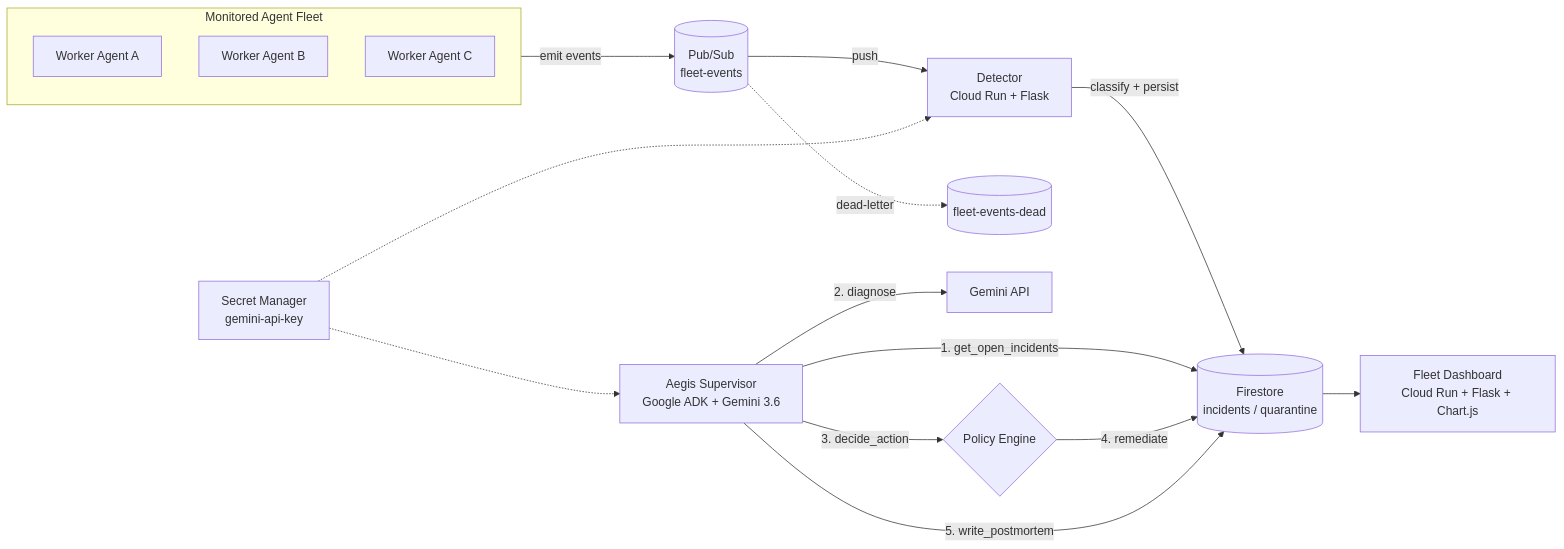
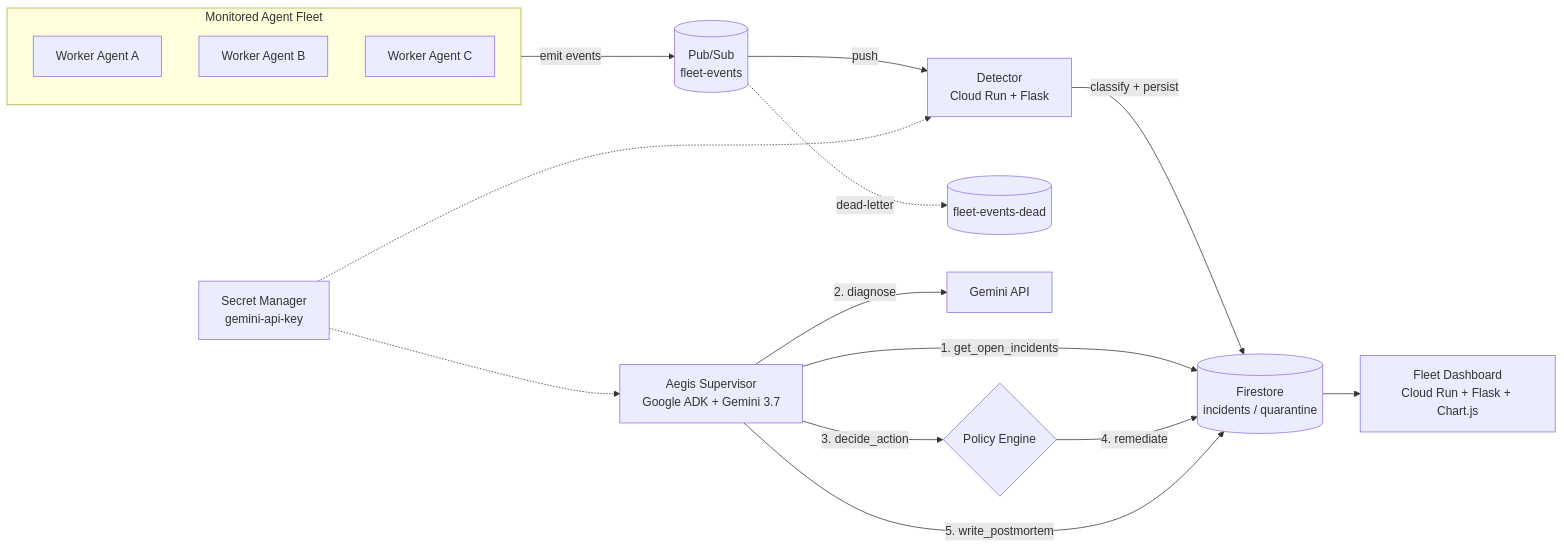
Before and after one commit to maazmdx/aegis-agent: the first of 3 diagrams in README.md, drawn with Mermaid. The commit also changed other lines of this file and 5 other files, not shown here.

````diff
--- a/README.md
+++ b/README.md
@@ -28,21 +29,21 @@
 ```mermaid
 flowchart LR
     subgraph Fleet["Monitored Agent Fleet"]
       A1[Worker Agent A]
       A2[Worker Agent B]
       A3[Worker Agent C]
     end
     Fleet -->|emit events| PS[(Pub/Sub<br/>fleet-events)]
     PS -->|push| DET[Detector<br/>Cloud Run + Flask]
     PS -.dead-letter.-> DLQ[(fleet-events-dead)]
     DET -->|classify + persist| FS[(Firestore<br/>incidents / quarantine)]
-    SUP[Aegis Supervisor<br/>Google ADK + Gemini 3.6]
+    SUP[Aegis Supervisor<br/>Google ADK + Gemini 3.7]
     SUP -->|1. get_open_incidents| FS
     SUP -->|2. diagnose| GEM[Gemini API]
     SUP -->|3. decide_action| POL{Policy Engine}
     POL -->|4. remediate| FS
     SUP -->|5. write_postmortem| FS
     FS --> DASH[Fleet Dashboard<br/>Cloud Run + Flask + Chart.js]
     SEC[Secret Manager<br/>gemini-api-key] -.-> SUP
     SEC -.-> DET
 ```
````
